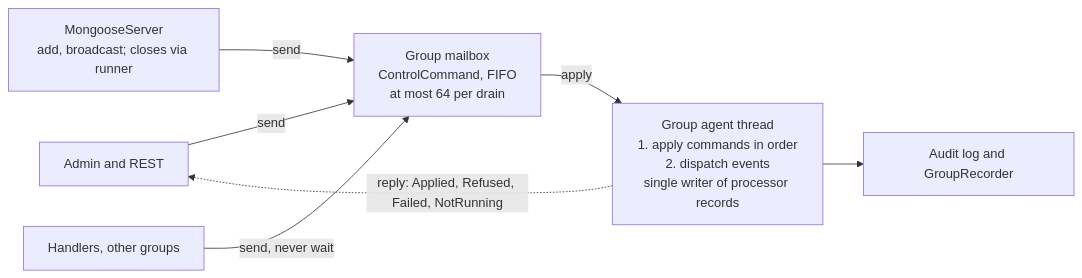
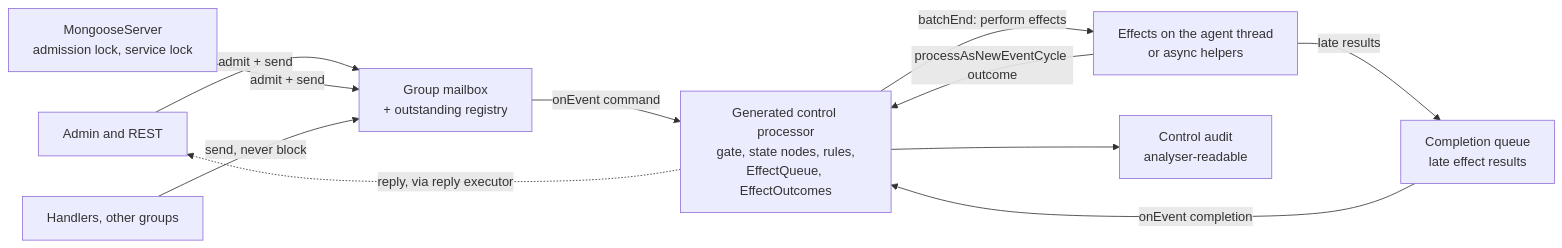
One commit to telaminai/mongoose changed the diagram in docs/design/control-plane-as-events.md. Above: the diagram before and after it, drawn with Mermaid. The commit also changed other lines of this file, not shown here.

First line of the commit message:
Design revision 3: generated control processor from PR 1, inspectable control audit

````diff
--- a/docs/design/control-plane-as-events.md
+++ b/docs/design/control-plane-as-events.md
@@ -86,10 +145,13 @@
 ```mermaid
 flowchart LR
-    A[Admin and REST] -->|send| M
-    S["MongooseServer<br/>add, broadcast; closes via runner"] -->|send| M
-    H[Handlers, other groups] -->|send, never wait| M
-    M["Group mailbox<br/>ControlCommand, FIFO<br/>at most 64 per drain"] -->|apply| G
-    G["Group agent thread<br/>1. apply commands in order<br/>2. dispatch events<br/>single writer of processor records"]
-    G -.->|reply: Applied, Refused, Failed, NotRunning| A
-    G --> R[Audit log and GroupRecorder]
+    A[Admin and REST] -->|admit + send| M
+    S["MongooseServer<br/>admission lock, service lock"] -->|admit + send| M
+    H[Handlers, other groups] -->|send, never block| M
+    M["Group mailbox<br/>+ outstanding registry"] -->|onEvent command| C
+    Q["Completion queue<br/>late effect results"] -->|onEvent completion| C
+    C["Generated control processor<br/>gate, state nodes, rules,<br/>EffectQueue, EffectOutcomes"] -->|"batchEnd: perform effects"| G
+    G["Effects on the agent thread<br/>or async helpers"] -->|"processAsNewEventCycle outcome"| C
+    G -->|late results| Q
+    C -.->|reply, via reply executor| A
+    C --> R["Control audit<br/>analyser-readable"]
 ```
````
